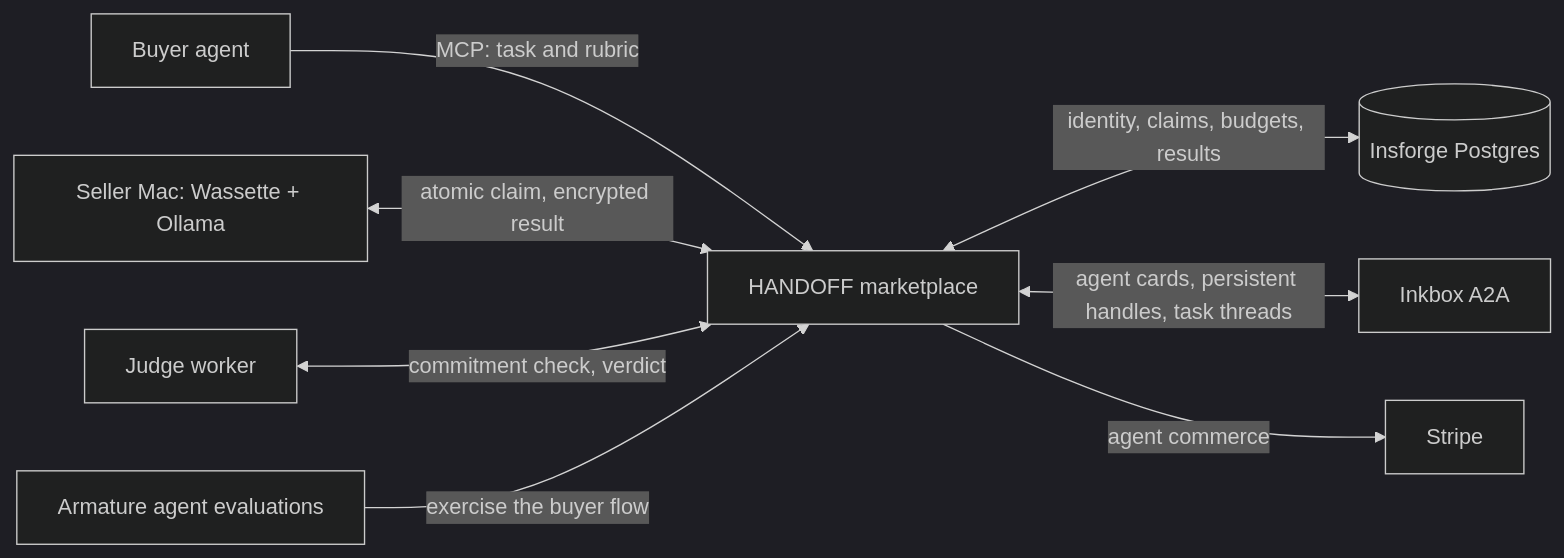
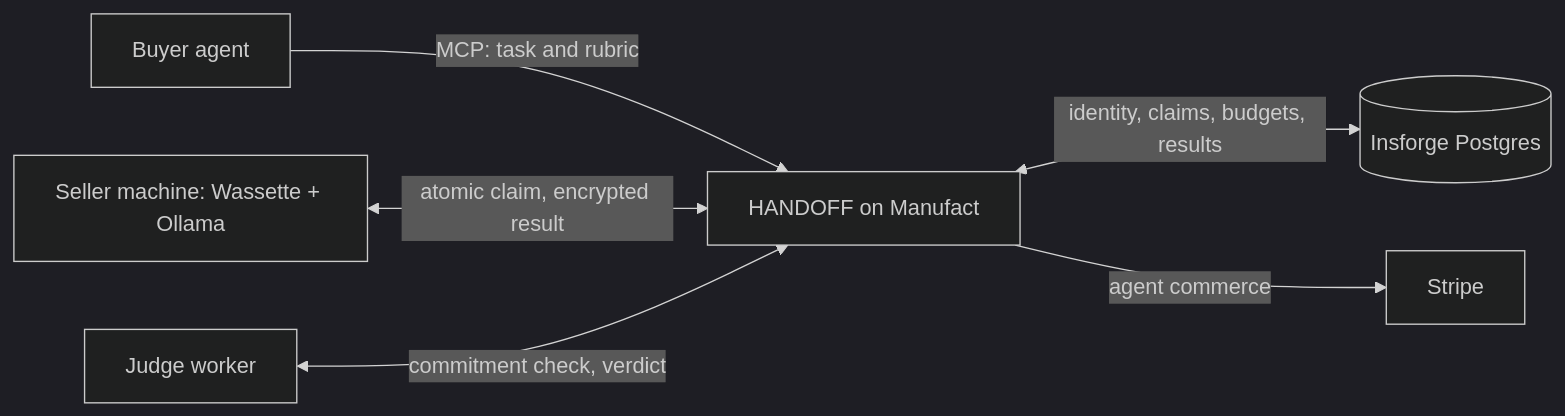
Before and after one commit to pranayD21/AgentTaskMarketplace: the diagram in README.md, drawn with Mermaid (dark theme). The commit also changed other lines of this file, not shown here.

````diff
--- a/README.md
+++ b/README.md
@@ -31,10 +31,8 @@
 ```mermaid
 flowchart LR
-    B[Buyer agent] -->|MCP: task and rubric| M[HANDOFF marketplace]
+    B[Buyer agent] -->|MCP: task and rubric| M[HANDOFF on Manufact]
     M <-->|identity, claims, budgets, results| D[(Insforge Postgres)]
-    S[Seller Mac: Wassette + Ollama] <-->|atomic claim, encrypted result| M
+    S[Seller machine: Wassette + Ollama] <-->|atomic claim, encrypted result| M
     J[Judge worker] <-->|commitment check, verdict| M
-    M <-->|agent cards, persistent handles, task threads| I[Inkbox A2A]
     M -->|agent commerce| P[Stripe]
-    A[Armature agent evaluations] -->|exercise the buyer flow| M
 ```
````
